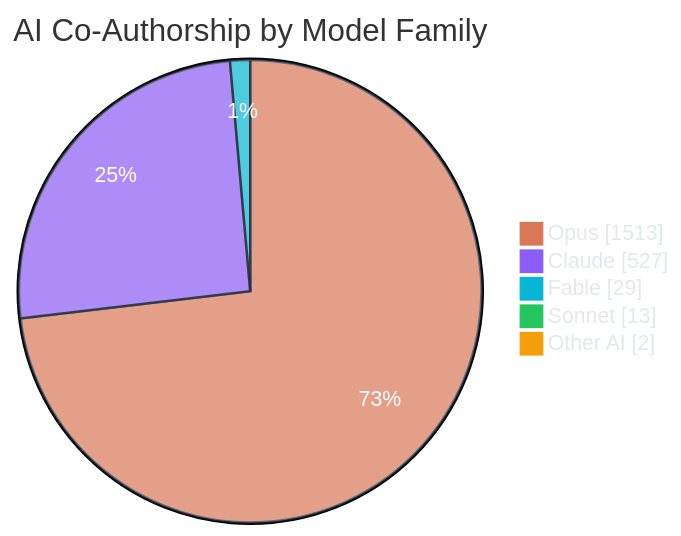
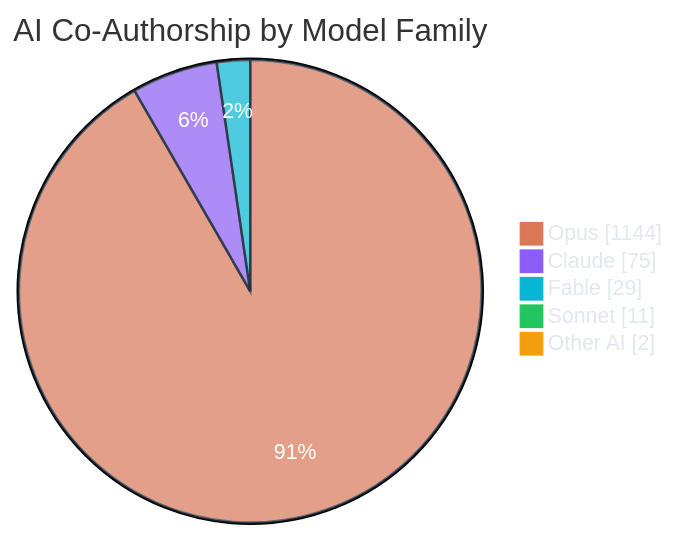
Before and after one commit to polo-nyan/polo-nyan: the third of 7 diagrams in README.md, drawn with Mermaid. The commit also changed other lines of this file and 1 other file, not shown here.

````diff
--- a/README.md
+++ b/README.md
@@ -279,10 +279,10 @@
 ```mermaid
 %%{init: {"theme": "base", "themeVariables": { "pie1": "#d97757", "pie2": "#8b5cf6", "pie3": "#06b6d4", "pie4": "#22c55e", "pie5": "#f59e0b", "pie6": "#ec4899", "pieTextColor": "#ffffff", "pieLegendTextColor": "#e2e8f0", "pieSectionTextColor": "#ffffff", "pieStrokeColor": "#1e293b" }}}%%
 pie showData
     title AI Co-Authorship by Model Family
-    "Opus" : 1513
-    "Claude" : 527
+    "Opus" : 1144
+    "Claude" : 75
     "Fable" : 29
-    "Sonnet" : 13
+    "Sonnet" : 11
     "Other AI" : 2
 ```
````
